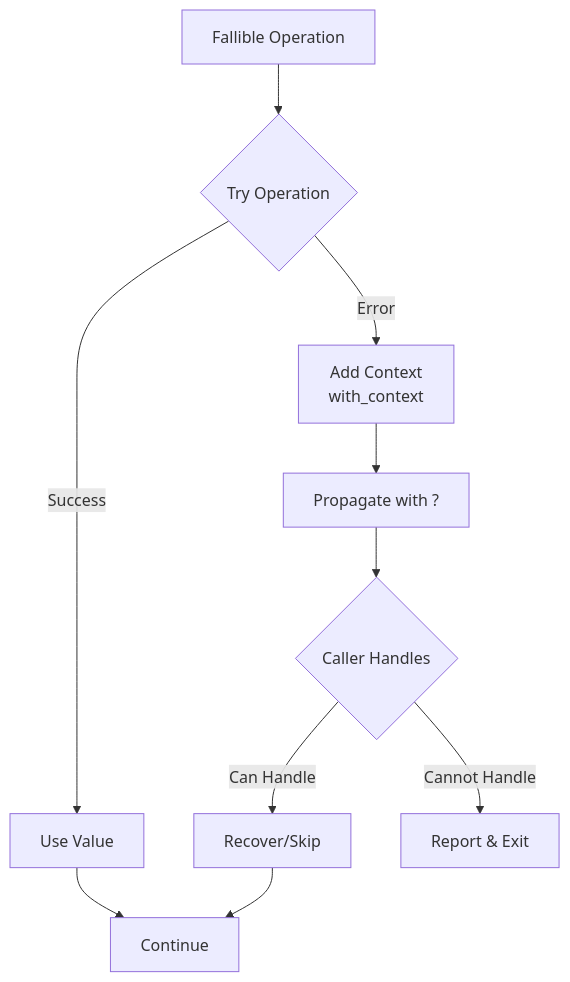
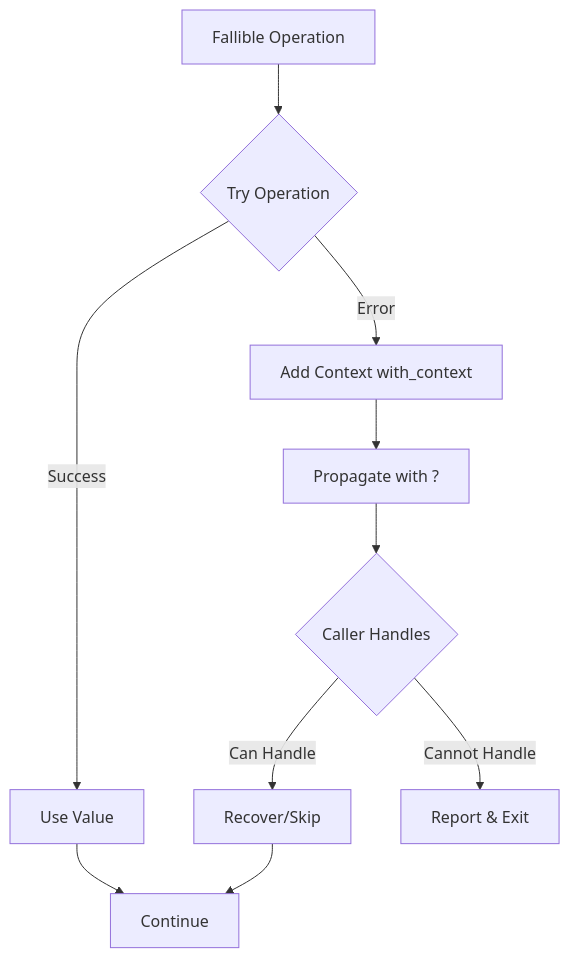
Before and after one commit to softwarewrighter/sw-checklist: the seventh of 7 diagrams in wiki/Architecture-Overview.md, drawn with Mermaid. The commit also changed other lines of this file and 7 other files, not shown here.

````diff
--- a/wiki/Architecture-Overview.md
+++ b/wiki/Architecture-Overview.md
@@ -412,13 +412,13 @@
 ```mermaid
 graph TD
     Op[Fallible Operation] --> Try{Try Operation}
     Try -->|Success| UseValue[Use Value]
-    Try -->|Error| AddContext[Add Context<br/>with_context]
+    Try -->|Error| AddContext[Add Context with_context]
     AddContext --> PropagateUp[Propagate with ?]
     PropagateUp --> Caller{Caller Handles}
     Caller -->|Can Handle| Recover[Recover/Skip]
     Caller -->|Cannot Handle| Fail[Report & Exit]
 
     UseValue --> Continue[Continue]
     Recover --> Continue
 ```
````
